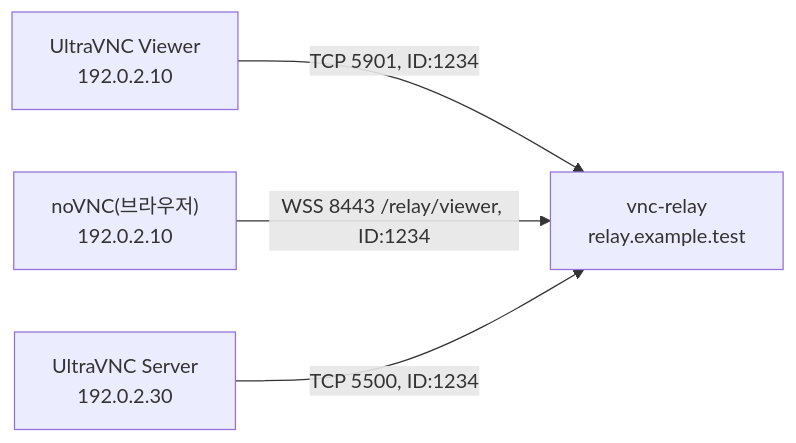
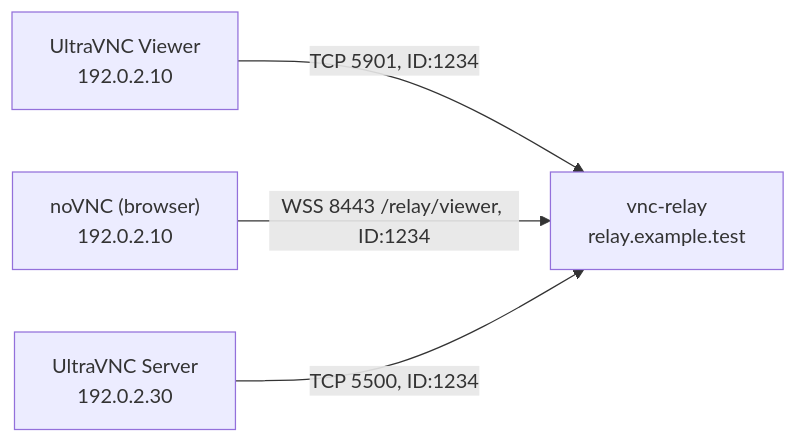
The diagram in README.md (kayden-kim/vnc-relay), drawn with Mermaid before and after one commit. The commit also changed other lines of this file and 7 other files, not shown here.

````diff
--- a/README.md
+++ b/README.md
@@ -69,6 +103,6 @@
 ```mermaid
 flowchart LR
     UV["UltraVNC Viewer<br/>192.0.2.10"] -->|"TCP 5901, ID:1234"| R["vnc-relay<br/>relay.example.test"]
-    NV["noVNC(브라우저)<br/>192.0.2.10"] -->|"WSS 8443 /relay/viewer, ID:1234"| R
+    NV["noVNC (browser)<br/>192.0.2.10"] -->|"WSS 8443 /relay/viewer, ID:1234"| R
     US["UltraVNC Server<br/>192.0.2.30"] -->|"TCP 5500, ID:1234"| R
 ```
````
